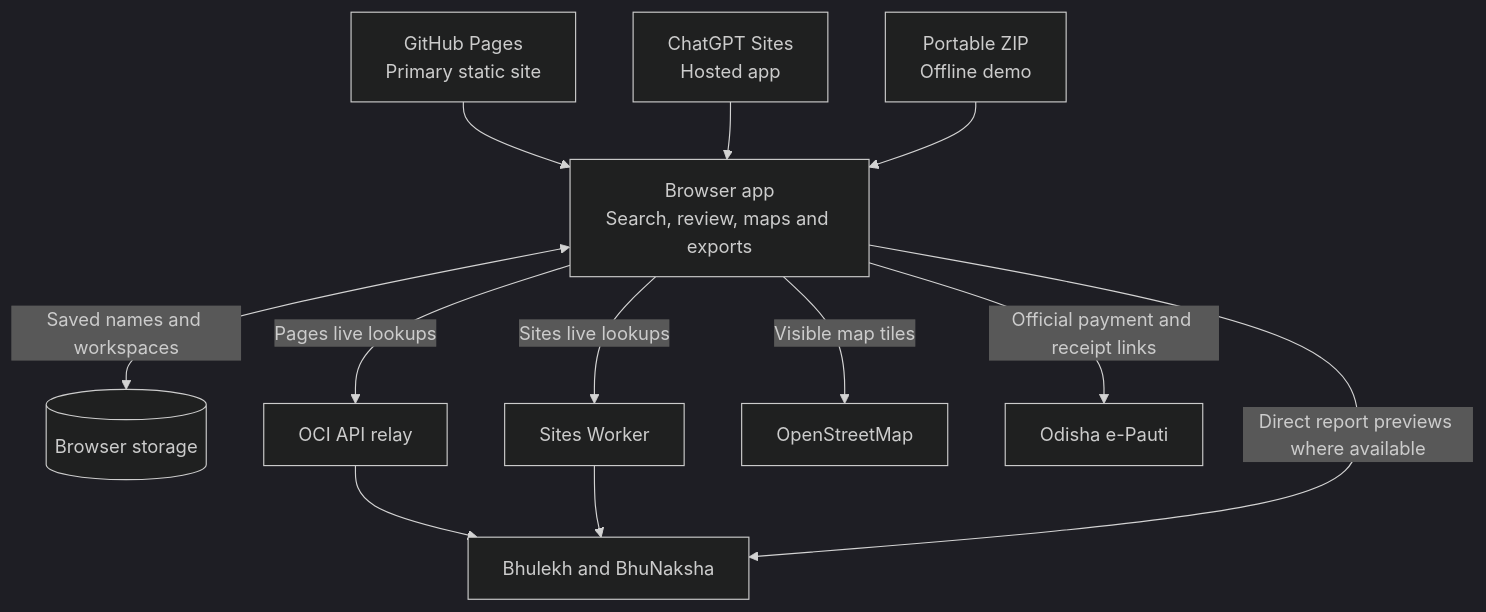
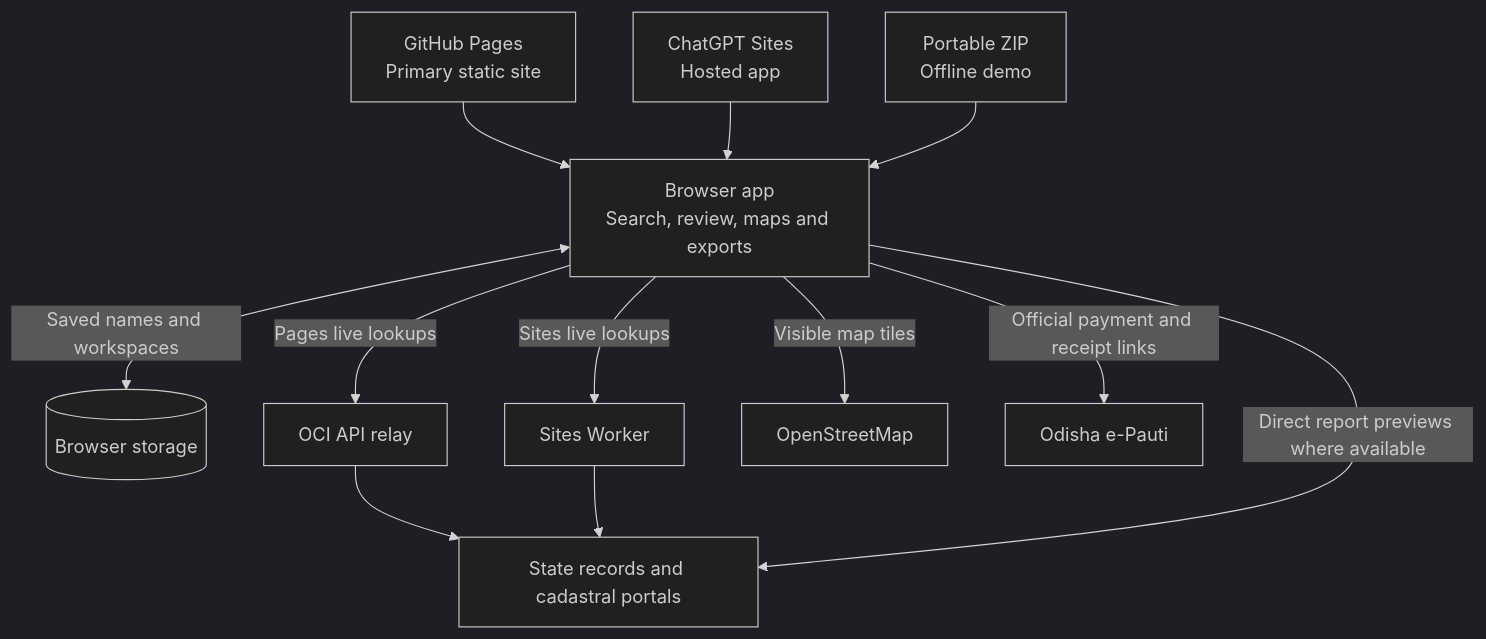
Before and after one commit to SuryaNJena/india-land-search: the diagram in README.md, drawn with Mermaid (dark theme). The commit also changed other lines of this file and 88 other files, not shown here.

````diff
--- a/README.md
+++ b/README.md
@@ -25,16 +21,16 @@
 ```mermaid
 flowchart TB
   accTitle: India Land Search architecture
-  accDescr: The browser stores records and exports locally and uses the hosting-specific adapter for live Odisha lookups. Maps and payments also use their official services.
+  accDescr: The browser stores records and exports locally and uses the hosting-specific adapter for live state lookups. Maps and payments also use their official services.
   pages["GitHub Pages<br/>Primary static site"] --> app["Browser app<br/>Search, review, maps and exports"]
   sites["ChatGPT Sites<br/>Hosted app"] --> app
   portable["Portable ZIP<br/>Offline demo"] --> app
   app <-->|"Saved names and workspaces"| local[("Browser storage")]
   app -->|"Pages live lookups"| relay["OCI API relay"]
   app -->|"Sites live lookups"| worker["Sites Worker"]
-  relay --> sources["Bhulekh and BhuNaksha"]
+  relay --> sources["State records and cadastral portals"]
   worker --> sources
   app -->|"Direct report previews where available"| sources
   app -->|"Visible map tiles"| tiles["OpenStreetMap"]
   app -->|"Official payment and receipt links"| epauti["Odisha e-Pauti"]
 ```
````
